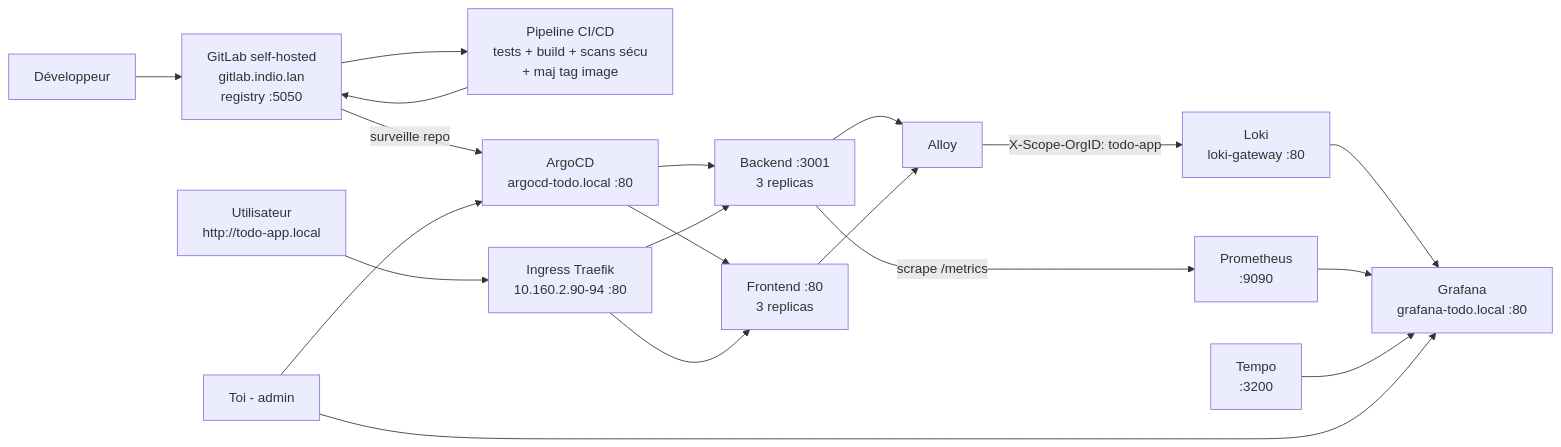
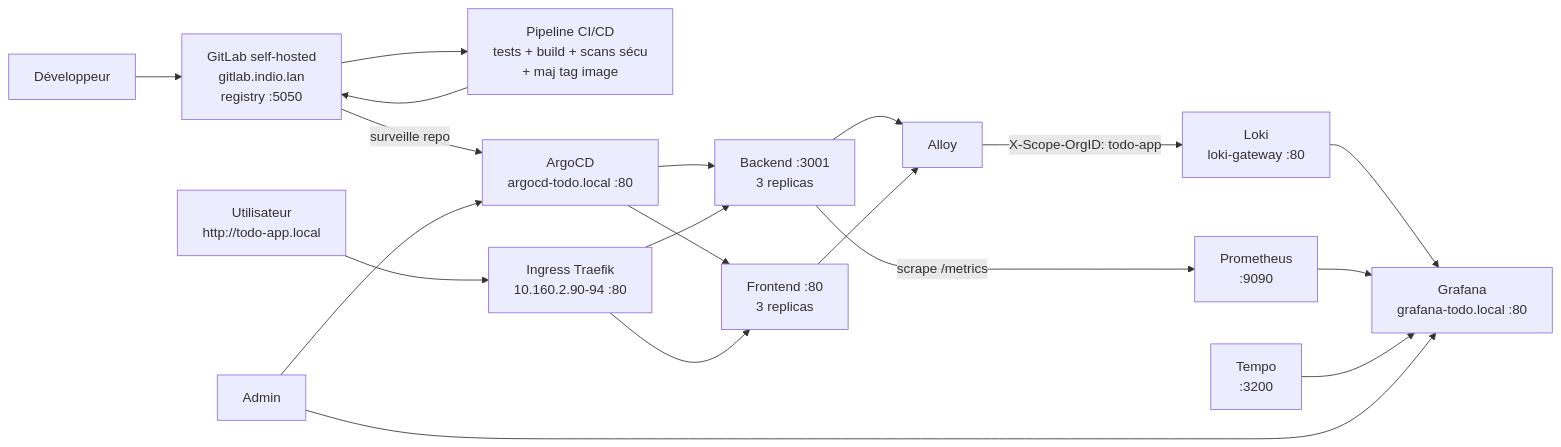
The diagram in docs/Semaine-4/CR_SEM4.md (thomasum02/k8s-gitops-fullstack), drawn with Mermaid before and after one commit.

````diff
--- a/docs/Semaine-4/CR_SEM4.md
+++ b/docs/Semaine-4/CR_SEM4.md
@@ -192,25 +192,25 @@
 ```mermaid
 flowchart LR
     Dev[Développeur] --> Git["GitLab self-hosted<br/>gitlab.indio.lan<br/>registry :5050"]
     Git --> CI[Pipeline CI/CD<br/>tests + build + scans sécu<br/>+ maj tag image]
     CI --> Git
 
     Git -->|surveille repo| ArgoCD["ArgoCD<br/>argocd-todo.local :80"]
     ArgoCD --> Backend["Backend :3001<br/>3 replicas"]
     ArgoCD --> Frontend["Frontend :80<br/>3 replicas"]
 
     Backend --> Alloy[Alloy]
     Frontend --> Alloy
     Alloy -->|X-Scope-OrgID: todo-app| Loki["Loki<br/>loki-gateway :80"]
     Backend -->|scrape /metrics| Prometheus["Prometheus<br/>:9090"]
 
     Loki --> Grafana["Grafana<br/>grafana-todo.local :80"]
     Prometheus --> Grafana
     Tempo["Tempo<br/>:3200"] --> Grafana
 
     Utilisateur["Utilisateur<br/>http://todo-app.local"] --> Ingress["Ingress Traefik<br/>10.160.2.90-94 :80"]
     Ingress --> Frontend
     Ingress --> Backend
-    Admin["Toi - admin"] --> ArgoCD
+    Admin["Admin"] --> ArgoCD
     Admin --> Grafana
 ```
````
